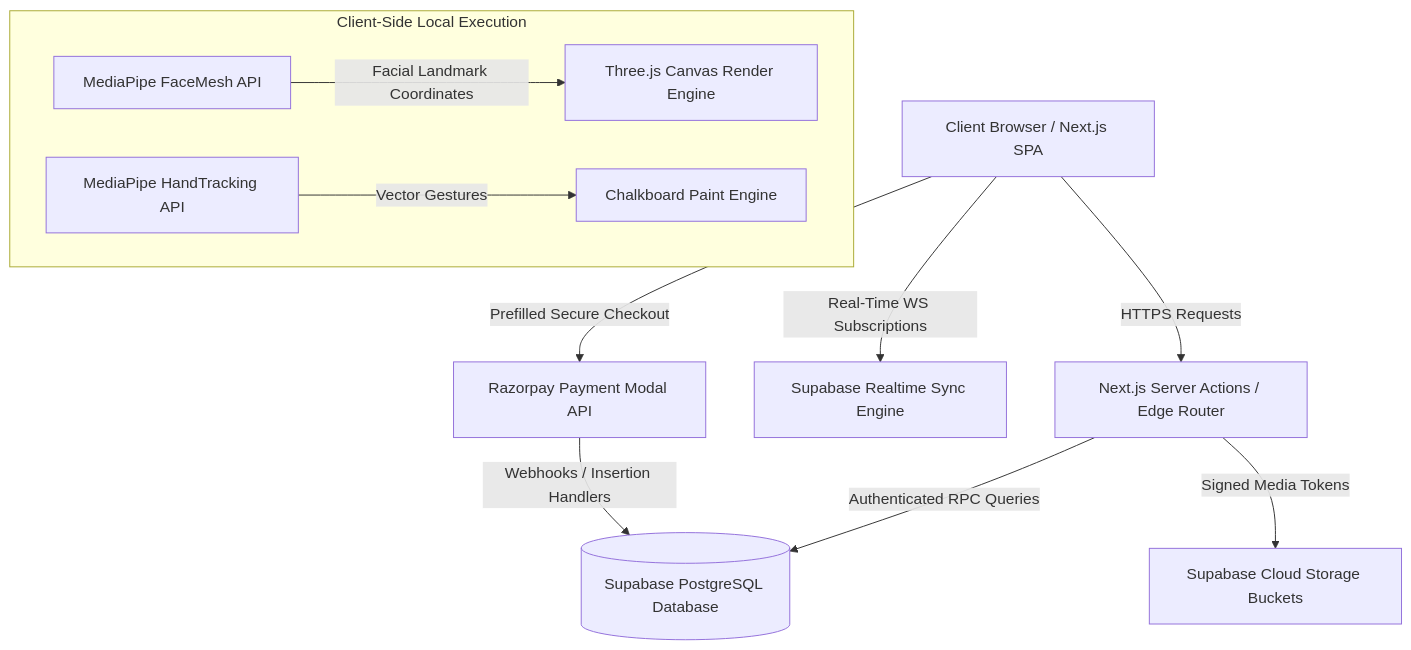
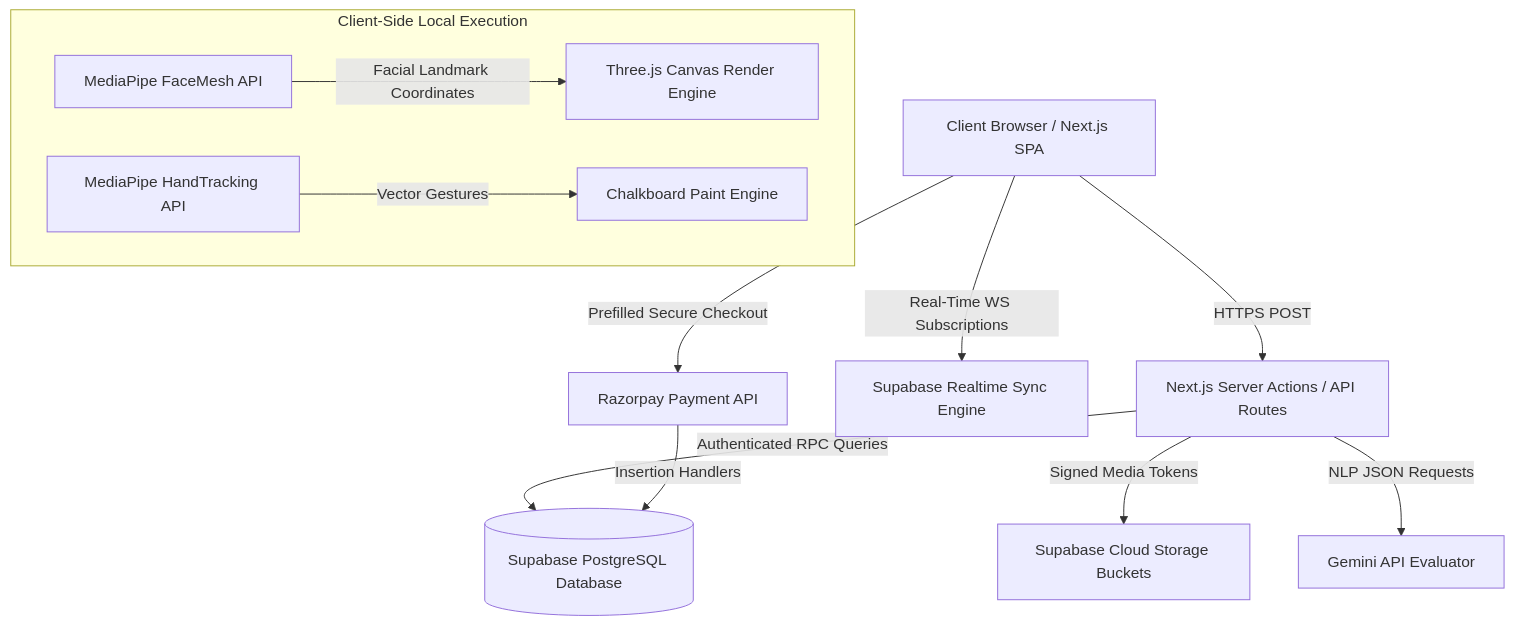
One commit to Shyamyemuka/StudentLMS changed the first of 3 diagrams in README.md. Above: the diagram before and after it, drawn with Mermaid. The commit also changed other lines of this file, not shown here.

````diff
--- a/README.md
+++ b/README.md
@@ -11,16 +14,17 @@
 ```mermaid
 graph TD
-    A[Client Browser / Next.js SPA] -->|HTTPS Requests| B[Next.js Server Actions / Edge Router]
+    A[Client Browser / Next.js SPA] -->|HTTPS POST| B[Next.js Server Actions / API Routes]
     A -->|Real-Time WS Subscriptions| C[Supabase Realtime Sync Engine]
-    A -->|Prefilled Secure Checkout| D[Razorpay Payment Modal API]
+    A -->|Prefilled Secure Checkout| D[Razorpay Payment API]
     
     B -->|Authenticated RPC Queries| E[(Supabase PostgreSQL Database)]
     B -->|Signed Media Tokens| F[Supabase Cloud Storage Buckets]
+    B -->|NLP JSON Requests| G[Gemini API Evaluator]
     
-    D -->|Webhooks / Insertion Handlers| E
+    D -->|Insertion Handlers| E
     
     subgraph Client-Side Local Execution
-        G[MediaPipe FaceMesh API] -->|Facial Landmark Coordinates| H[Three.js Canvas Render Engine]
-        I[MediaPipe HandTracking API] -->|Vector Gestures| J[Chalkboard Paint Engine]
+        H[MediaPipe FaceMesh API] -->|Facial Landmark Coordinates| I[Three.js Canvas Render Engine]
+        J[MediaPipe HandTracking API] -->|Vector Gestures| K[Chalkboard Paint Engine]
     end
 ```
````
